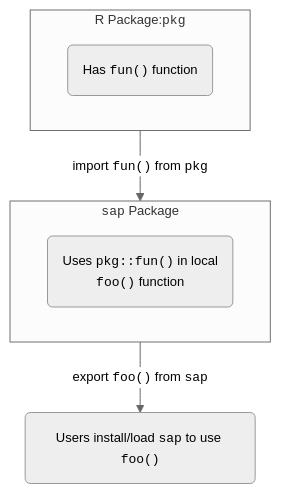
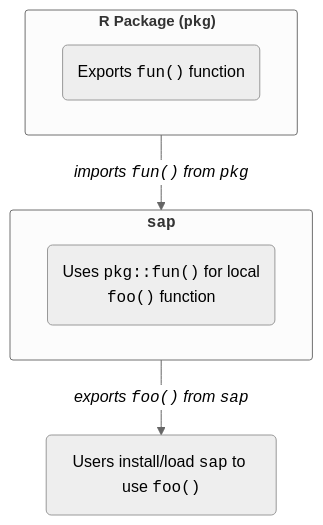
One commit to mjfrigaard/shiny-app-pkgs changed the second of 4 diagrams in dependencies.qmd. Above: the diagram before and after it, drawn with Mermaid. The commit also changed other lines of this file and 63 other files, not shown here.

````diff
--- a/dependencies.qmd
+++ b/dependencies.qmd
@@ -203,16 +213,18 @@
 ```{mermaid}
 %%| fig-cap: 'Handling package dependencies'
 %%| fig-align: center
-%%{init: {'theme': 'neutral', 'themeVariables': { 'fontFamily': 'monospace', "fontSize":"13px"}}}%%
+%%{init: {'theme': 'neutral', 'themeVariables': { 'fontFamily': 'monospace', "fontSize":"16px"}}}%%
 flowchart TD
-    subgraph RPkg["R Package:<code>pkg</code>"]
-        fun("Has <code>fun()</code> function")
+    subgraph RPkg["<strong>R Package (<code>pkg</code>)</strong>"]
+        fun("Exports <code>fun()</code> function")
     end
-    subgraph SapPkg["<code>sap</code> Package"]
-    sap("Uses <code>pkg::fun()</code> in local<br><code>foo()</code> function")
+    subgraph SapPkg["<strong><code>sap</code></strong>"]
+    sap("Uses <code>pkg::fun()</code> for local<br><code>foo()</code> function")
     end
     Users("Users install/load <code>sap</code> to use <code>foo()</code>")
-    RPkg -->|"import <code>fun()</code> from <code>pkg</code>"| SapPkg
-    SapPkg -->|"export <code>foo()</code> from <code>sap</code>"| Users
-
+    RPkg -->|"<em>imports <code>fun()</code> from <code>pkg</code></em>"| SapPkg
+    SapPkg -->|"<em>exports <code>foo()</code> from <code>sap</code></em>"| Users
+    
+    style RPkg stroke:1px,rx:3,ry:3,font-size:15px
+    style SapPkg stroke:1px,rx:3,ry:3,font-size:16px
 ```
````
